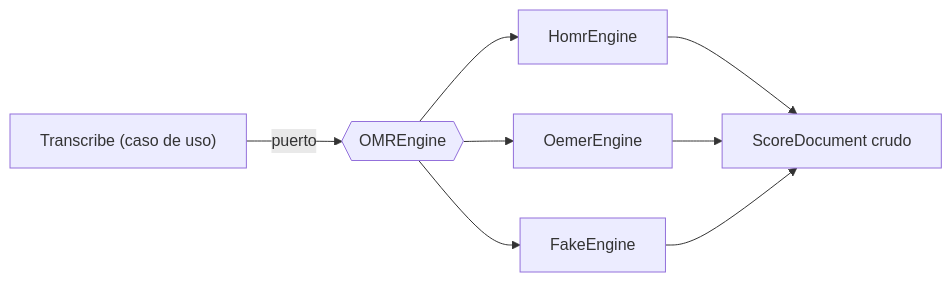
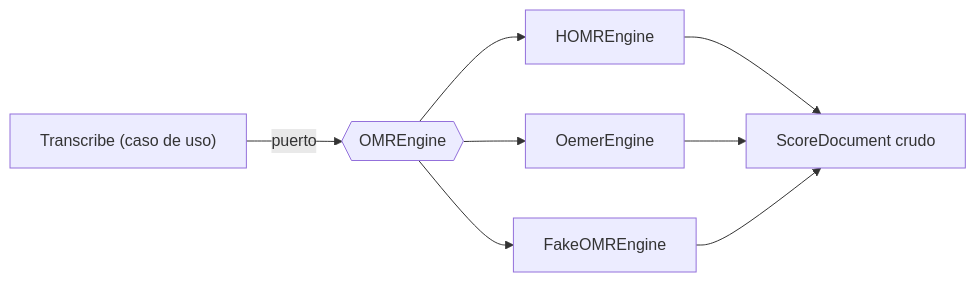
Before and after one commit to sebdavid3/Cadenza: the sixth of 10 diagrams in docs/ARCHITECTURE.md, drawn with Mermaid. The commit also changed other lines of this file and 4 other files, not shown here.

First line of the commit message:
docs(architecture): fijar la arquitectura objetivo v1.1 y alinear el DBB

````diff
--- a/docs/ARCHITECTURE.md
+++ b/docs/ARCHITECTURE.md
@@ -364,10 +401,10 @@
 ```mermaid
 flowchart LR
     UC["Transcribe (caso de uso)"] -->|puerto| P{{OMREngine}}
-    P --> H["HomrEngine"]
+    P --> H["HOMREngine"]
     P --> O["OemerEngine"]
-    P --> F["FakeEngine"]
+    P --> F["FakeOMREngine"]
     H --> OUT["ScoreDocument crudo"]
     O --> OUT
     F --> OUT
 ```
````
